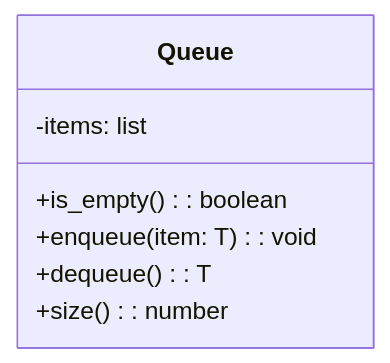
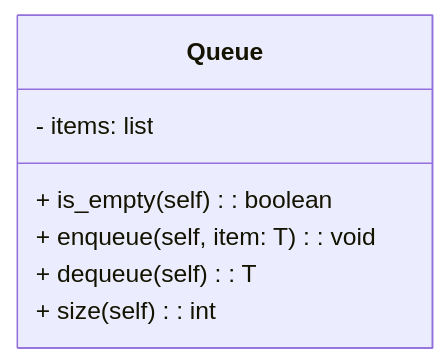
Before and after one commit to GMyhf/2024spring-cs201: the second of 3 diagrams in basic_data_structures.md, drawn with Mermaid. The commit also changed other lines of this file, not shown here.

````diff
--- a/basic_data_structures.md
+++ b/basic_data_structures.md
@@ -636,10 +881,11 @@
 ```mermaid
 classDiagram
     class Queue {
-        -items: list
-        +is_empty(): boolean
-        +enqueue(item: T): void
-        +dequeue(): T
-        +size(): number
+        - items: list
+        
+        + is_empty(self): boolean
+        + enqueue(self, item: T): void
+        + dequeue(self): T
+        + size(self): int
     }
 ```
````
